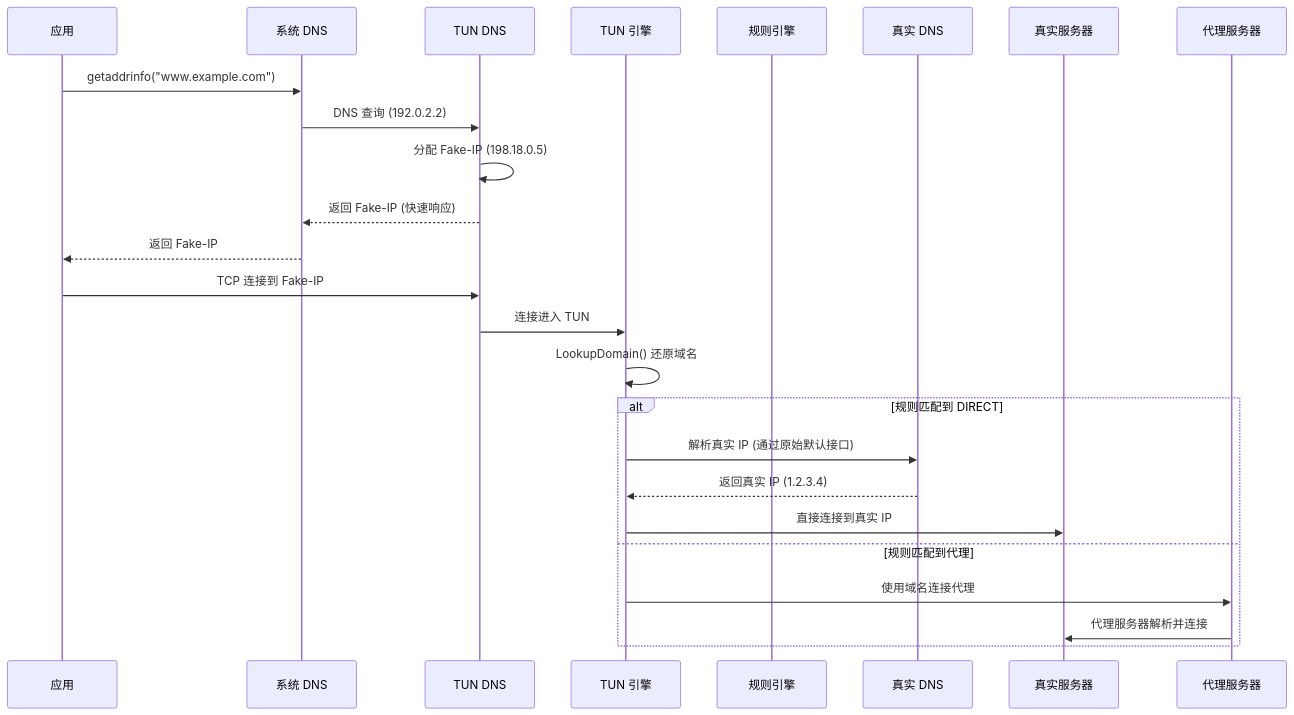
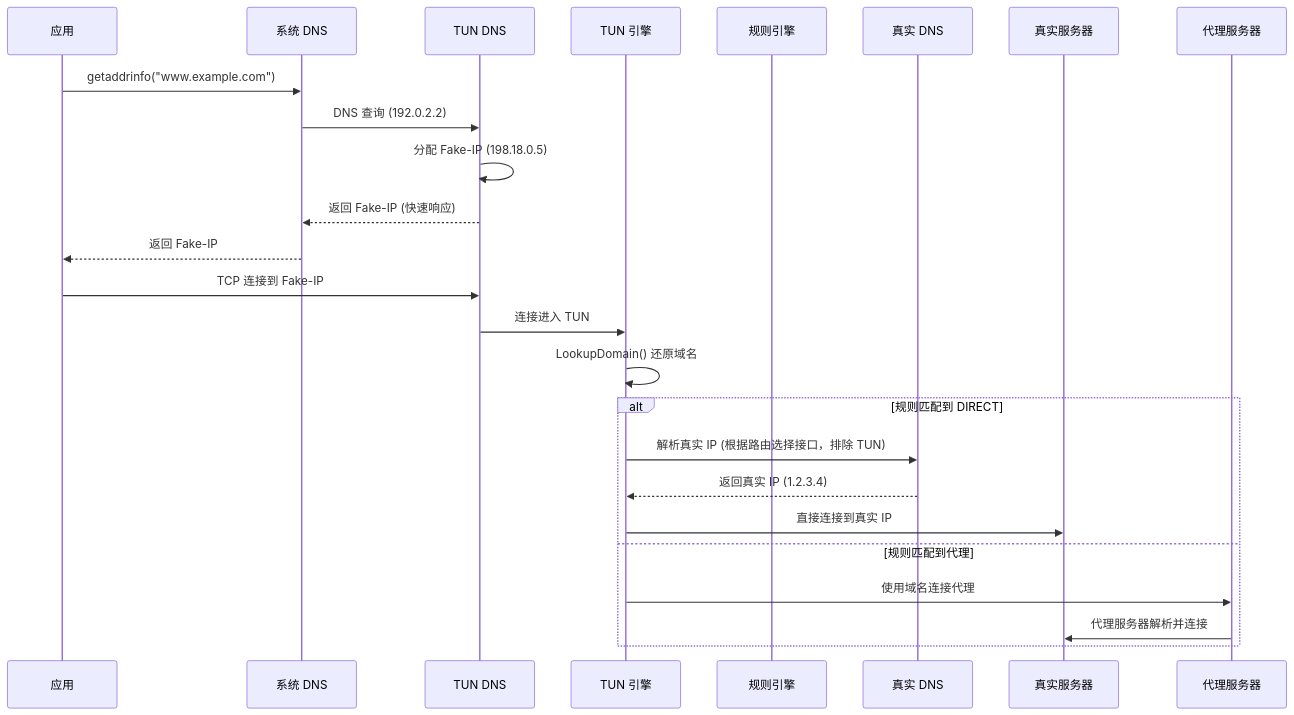
One commit to whipfeng/phaethon changed the diagram in docs/plans/tun_dns_sync_resolve_design.md. Above: the diagram before and after it, drawn with Mermaid. The commit also changed other lines of this file and 2 other files, not shown here.

````diff
--- a/docs/plans/tun_dns_sync_resolve_design.md
+++ b/docs/plans/tun_dns_sync_resolve_design.md
@@ -40,30 +40,30 @@
 ```mermaid
 sequenceDiagram
     participant App as 应用
     participant SysDNS as 系统 DNS
     participant TUNDNS as TUN DNS
     participant Engine as TUN 引擎
     participant RuleEngine as 规则引擎
     participant RealDNS as 真实 DNS
     participant Server as 真实服务器
     participant Proxy as 代理服务器
 
     App->>SysDNS: getaddrinfo("www.example.com")
     SysDNS->>TUNDNS: DNS 查询 (192.0.2.2)
     TUNDNS->>TUNDNS: 分配 Fake-IP (198.18.0.5)
     TUNDNS-->>SysDNS: 返回 Fake-IP (快速响应)
     SysDNS-->>App: 返回 Fake-IP
     
     App->>TUNDNS: TCP 连接到 Fake-IP
     TUNDNS->>Engine: 连接进入 TUN
     Engine->>Engine: LookupDomain() 还原域名
     
     alt 规则匹配到 DIRECT
-        Engine->>RealDNS: 解析真实 IP (通过原始默认接口)
+        Engine->>RealDNS: 解析真实 IP (根据路由选择接口，排除 TUN)
         RealDNS-->>Engine: 返回真实 IP (1.2.3.4)
         Engine->>Server: 直接连接到真实 IP
     else 规则匹配到代理
         Engine->>Proxy: 使用域名连接代理
         Proxy->>Server: 代理服务器解析并连接
     end
 ```
````
